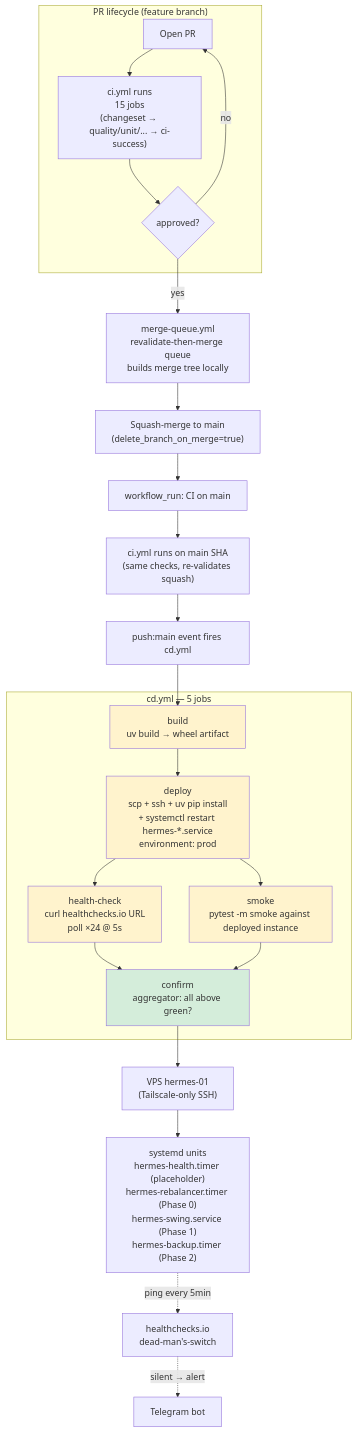
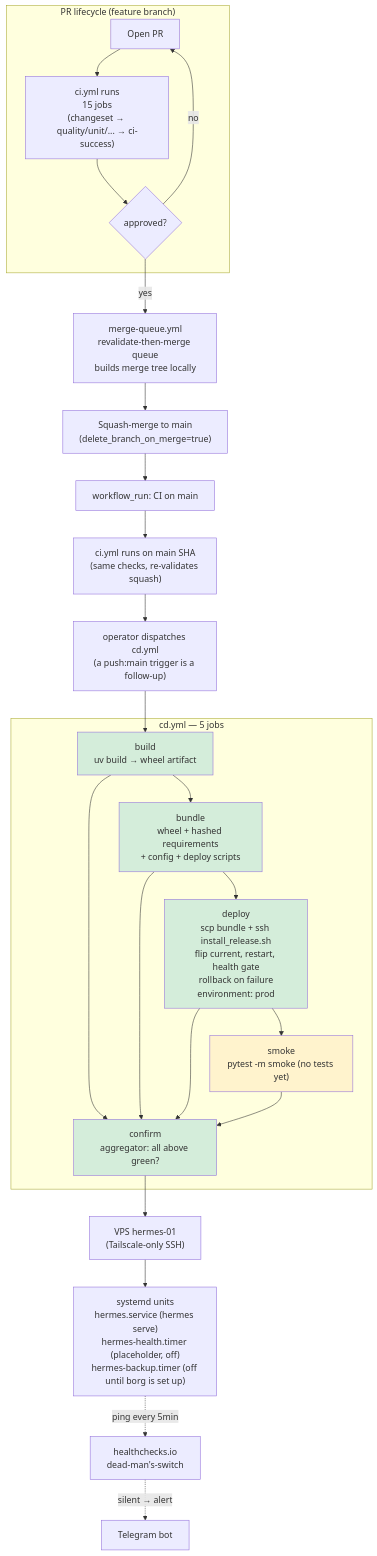
One commit to ricardoafo/hermes changed the diagram in deploy/README.md. Above: the diagram before and after it, drawn with Mermaid. The commit also changed other lines of this file and 24 other files, not shown here.

First line of the commit message:
chore(cd): deploy versioned releases with a health gate and rollback

````diff
--- a/deploy/README.md
+++ b/deploy/README.md
@@ -16,42 +17,43 @@
 ```mermaid
 flowchart TB
     subgraph PR["PR lifecycle (feature branch)"]
         P[Open PR]
         P --> CI["ci.yml runs<br/>15 jobs<br/>(changeset → quality/unit/... → ci-success)"]
         CI --> A{approved?}
         A -- no --> P
     end
 
     A -- yes --> Q["merge-queue.yml<br/>revalidate-then-merge queue<br/>builds merge tree locally"]
     Q --> M["Squash-merge to main<br/>(delete_branch_on_merge=true)"]
 
     M --> WR["workflow_run: CI on main"]
     WR --> CIMAIN["ci.yml runs on main SHA<br/>(same checks, re-validates squash)"]
-    CIMAIN --> PMAIN["push:main event fires cd.yml"]
+    CIMAIN --> PMAIN["operator dispatches cd.yml<br/>(a push:main trigger is a follow-up)"]
 
     subgraph CD["cd.yml — 5 jobs"]
         B["build<br/>uv build → wheel artifact"]
-        D["deploy<br/>scp + ssh + uv pip install<br/>+ systemctl restart hermes-*.service<br/>environment: prod"]
-        H["health-check<br/>curl healthchecks.io URL<br/>poll ×24 @ 5s"]
-        S["smoke<br/>pytest -m smoke against deployed instance"]
+        K["bundle<br/>wheel + hashed requirements<br/>+ config + deploy scripts"]
+        D["deploy<br/>scp bundle + ssh install_release.sh<br/>flip current, restart, health gate<br/>rollback on failure<br/>environment: prod"]
+        S["smoke<br/>pytest -m smoke (no tests yet)"]
         C["confirm<br/>aggregator: all above green?"]
-        B --> D --> H
-        D --> S
-        H --> C
+        B --> K --> D --> S
+        B --> C
+        K --> C
+        D --> C
         S --> C
     end
 
     PMAIN --> B
 
     C --> VPS["VPS hermes-01<br/>(Tailscale-only SSH)"]
-    VPS --> SD["systemd units<br/>hermes-health.timer (placeholder)<br/>hermes-rebalancer.timer (Phase 0)<br/>hermes-swing.service (Phase 1)<br/>hermes-backup.timer (Phase 2)"]
+    VPS --> SD["systemd units<br/>hermes.service (hermes serve)<br/>hermes-health.timer (placeholder, off)<br/>hermes-backup.timer (off until borg is set up)"]
 
     SD -.->|ping every 5min| HC["healthchecks.io<br/>dead-man's-switch"]
     HC -.->|silent → alert| TG["Telegram bot"]
 
-    style B fill:#fff3cd
-    style D fill:#fff3cd
-    style H fill:#fff3cd
     style S fill:#fff3cd
+    style B fill:#d4edda
+    style K fill:#d4edda
+    style D fill:#d4edda
     style C fill:#d4edda
 ```
````
